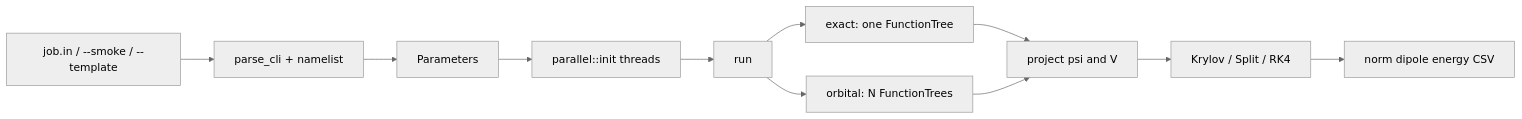
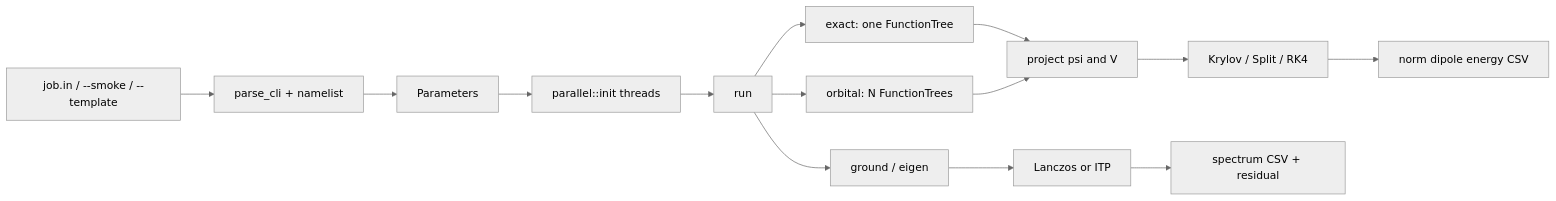
One commit to kluonju/NumericalTDSE changed the second of 2 diagrams in README.md. Above: the diagram before and after it, drawn with Mermaid (neutral theme). The commit also changed other lines of this file and 27 other files, not shown here.

First line of the commit message:
Add ground-state and lowest-eigenstate solvers (Lanczos + ITP)

````diff
--- a/README.md
+++ b/README.md
@@ -66,13 +72,16 @@
 ```mermaid
 flowchart LR
   A["job.in / --smoke / --template"] --> B["parse_cli + namelist"]
   B --> C["Parameters"]
   C --> D["parallel::init threads"]
   D --> E["run"]
   E --> F["exact: one FunctionTree"]
   E --> G["orbital: N FunctionTrees"]
+  E --> S["ground / eigen"]
   F --> H["project psi and V"]
   G --> H
+  S --> L["Lanczos or ITP"]
   H --> I["Krylov / Split / RK4"]
   I --> J["norm dipole energy CSV"]
+  L --> K["spectrum CSV + residual"]
 ```
````
